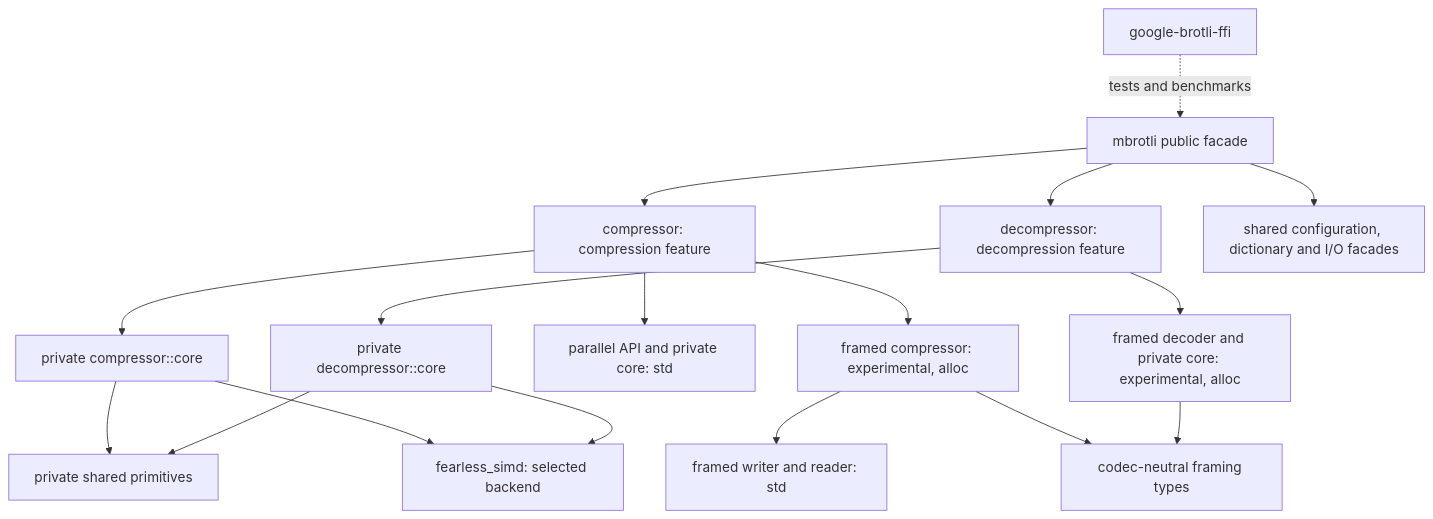
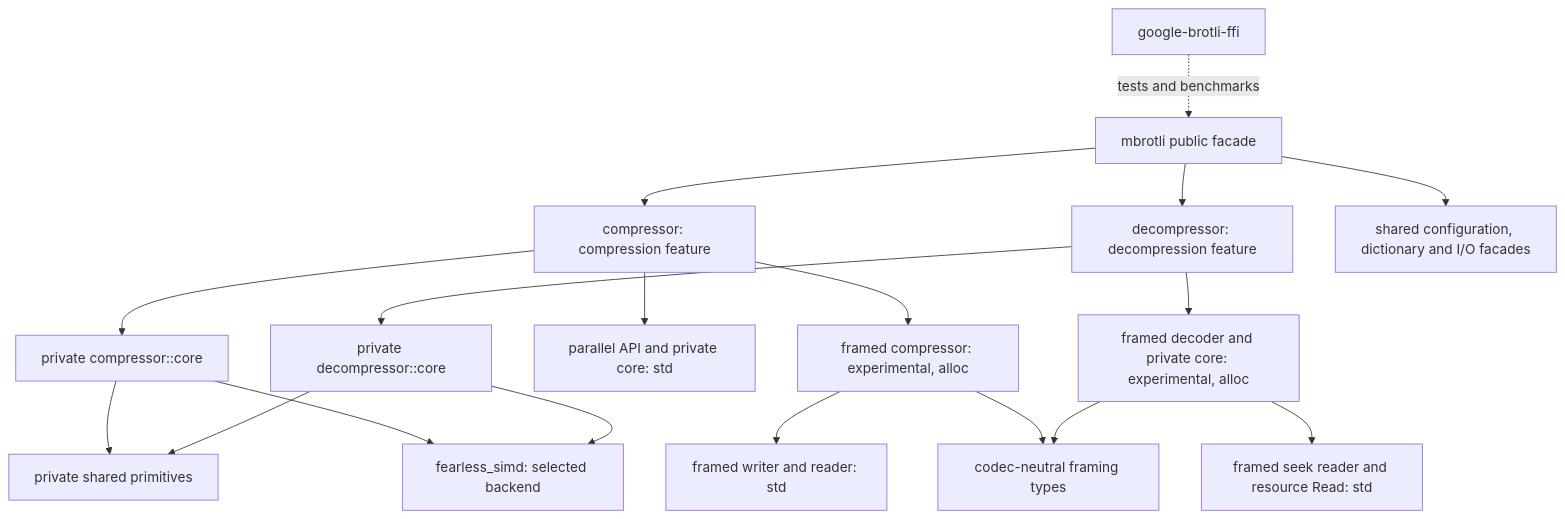
One commit to Mnwa/mbrotli changed the diagram in architecture/README.md. Above: the diagram before and after it, drawn with Mermaid. The commit also changed other lines of this file and 9 other files, not shown here.

Commit message:
Add framed seek reader

````diff
--- a/architecture/README.md
+++ b/architecture/README.md
@@ -9,19 +9,20 @@
 ```mermaid
 graph TD
     Root[mbrotli public facade] --> Encode[compressor: compression feature]
     Root --> Decode[decompressor: decompression feature]
     Root --> Common[shared configuration, dictionary and I/O facades]
     Encode --> ECore[private compressor::core]
     Decode --> DCore[private decompressor::core]
     Encode --> Parallel[parallel API and private core: std]
     Encode --> Framing[framed compressor: experimental, alloc]
     Framing --> FIO[framed writer and reader: std]
     Decode --> FDecode[framed decoder and private core: experimental, alloc]
     Framing --> Wire[codec-neutral framing types]
+    FDecode --> Seek[framed seek reader and resource Read: std]
     FDecode --> Wire
     ECore --> Shared[private shared primitives]
     DCore --> Shared
     ECore --> SIMD[fearless_simd: selected backend]
     DCore --> SIMD
     C[google-brotli-ffi] -. tests and benchmarks .-> Root
 ```
````
